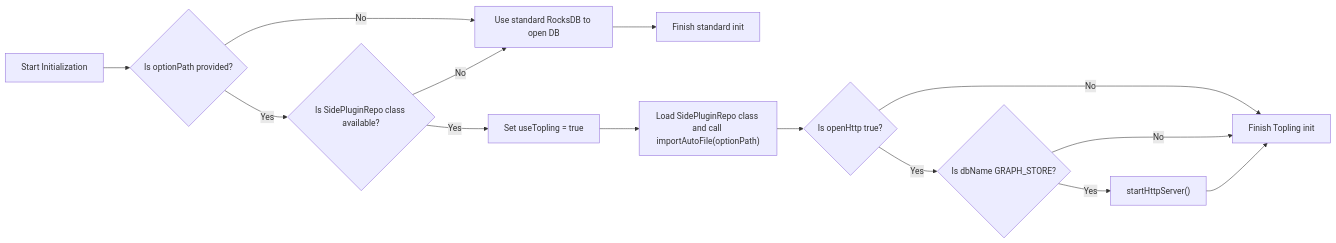
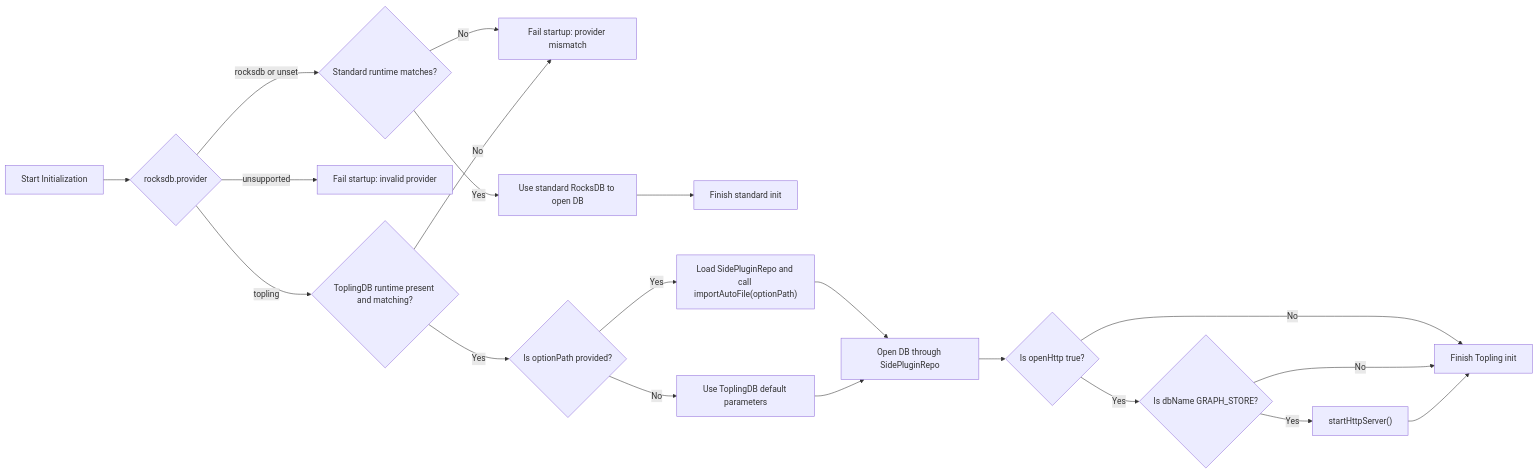
Before and after one commit to hugegraph/hugegraph: the third of 4 diagrams in .specs/hugegraph-server/ToplingDB/design.md, drawn with Mermaid. The commit also changed other lines of this file and 18 other files, not shown here.

````diff
--- a/.specs/hugegraph-server/ToplingDB/design.md
+++ b/.specs/hugegraph-server/ToplingDB/design.md
@@ -207,17 +273,20 @@
 ```mermaid
 flowchart LR
-    A[Start Initialization] --> B{Is optionPath provided?}
-
-    B -- No --> Z[Use standard RocksDB to open DB] --> O[Finish standard init]
-
-    B -- Yes --> C{Is SidePluginRepo class available?}
-    C -- No --> Z
-
-    C -- Yes --> D[Set useTopling = true] --> E["Load SidePluginRepo class and call importAutoFile(optionPath)"]
-
-    E --> K{Is openHttp true?}
+    A[Start Initialization] --> B{rocksdb.provider}
+    B -- rocksdb or unset --> C{Standard runtime matches?}
+    C -- No --> X[Fail startup: provider mismatch]
+    C -- Yes --> Z[Use standard RocksDB to open DB] --> O[Finish standard init]
+    B -- unsupported --> Y[Fail startup: invalid provider]
+    B -- topling --> D{ToplingDB runtime present and matching?}
+    D -- No --> X
+    D -- Yes --> E{Is optionPath provided?}
+    E -- Yes --> F["Load SidePluginRepo and call importAutoFile(optionPath)"]
+    E -- No --> G[Use ToplingDB default parameters]
+    F --> H[Open DB through SidePluginRepo]
+    G --> H
+    H --> K{Is openHttp true?}
     K -- No --> M[Finish Topling init]
     K -- Yes --> L{Is dbName GRAPH_STORE?}
     L -- No --> M
     L -- Yes --> N["startHttpServer()"] --> M
 ```
````
